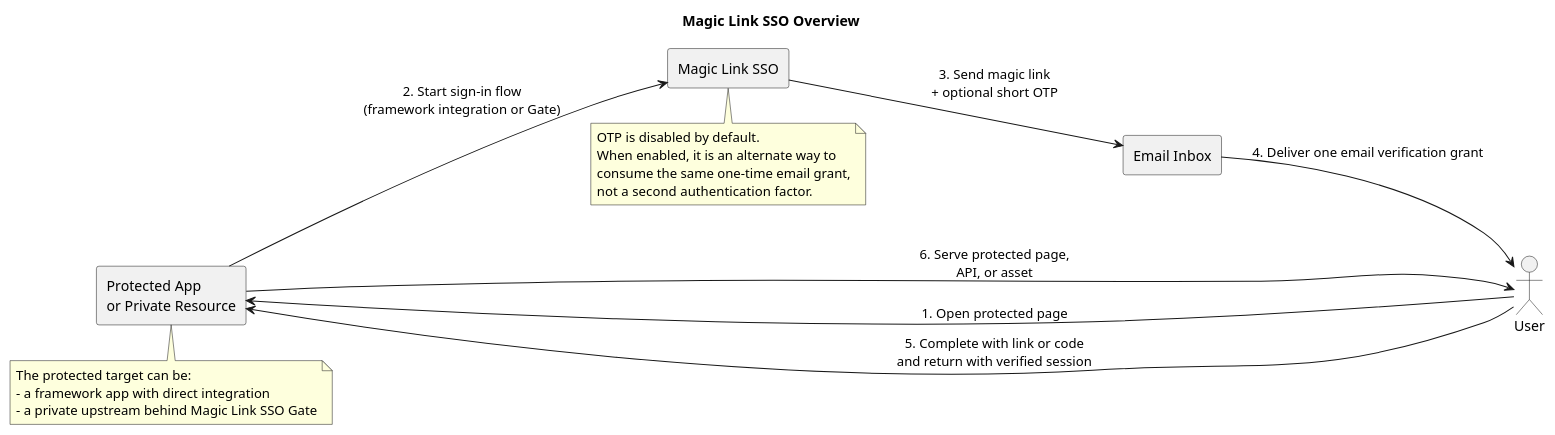
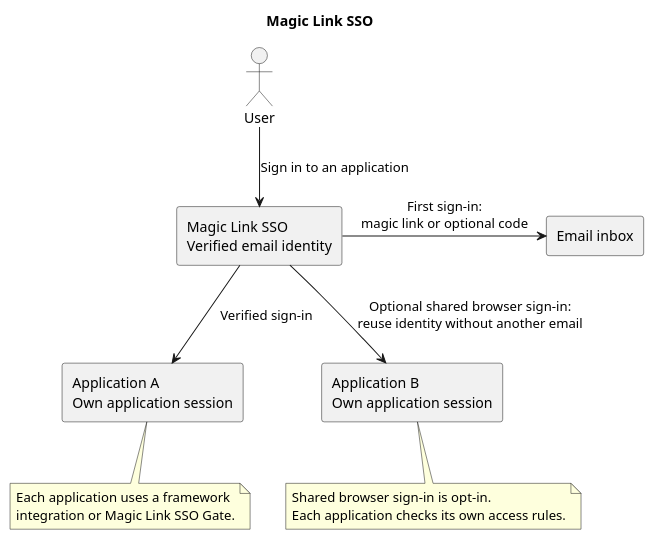
Before and after one commit to magic-link-sso/magic-sso: the diagram in docs/MagicLinkSSO-Overview.puml, drawn with PlantUML. The commit also changed 19 other files, not shown here.

Commit message:
docs: update authentication diagrams for shared browser sessions

```diff
--- a/docs/MagicLinkSSO-Overview.puml
+++ b/docs/MagicLinkSSO-Overview.puml
@@ -1,32 +1,28 @@
 @startuml MagicLinkSSO-Overview
 
-title Magic Link SSO Overview
+title Magic Link SSO
 
-left to right direction
+top to bottom direction
 
 actor User
-rectangle "Protected App\nor Private Resource" as App
-rectangle "Magic Link SSO" as SSO
-rectangle "Email Inbox" as Email
+rectangle "Magic Link SSO\nVerified email identity" as SSO
+rectangle "Email inbox" as Email
+rectangle "Application A\nOwn application session" as AppA
+rectangle "Application B\nOwn application session" as AppB
 
-User --> App : 1. Open protected page
-App --> SSO : 2. Start sign-in flow\n(framework integration or Gate)
-SSO --> Email : 3. Send magic link\n+ optional short OTP
-Email --> User : 4. Deliver one email verification grant
-User --> App : 5. Complete with link or code\nand return with verified session
-App --> User : 6. Serve protected page,\nAPI, or asset
+User --> SSO : Sign in to an application
+SSO -right-> Email : First sign-in:\nmagic link or optional code
+SSO --> AppA : Verified sign-in
+SSO --> AppB : Optional shared browser sign-in:\nreuse identity without another email
 
-note bottom of App
-The protected target can be:
-- a framework app with direct integration
-- a private upstream behind Magic Link SSO Gate
+note bottom of AppA
+Each application uses a framework
+integration or Magic Link SSO Gate.
 end note
 
-note bottom of SSO
-OTP is disabled by default.
-When enabled, it is an alternate way to
-consume the same one-time email grant,
-not a second authentication factor.
+note bottom of AppB
+Shared browser sign-in is opt-in.
+Each application checks its own access rules.
 end note
 
 @enduml
```
